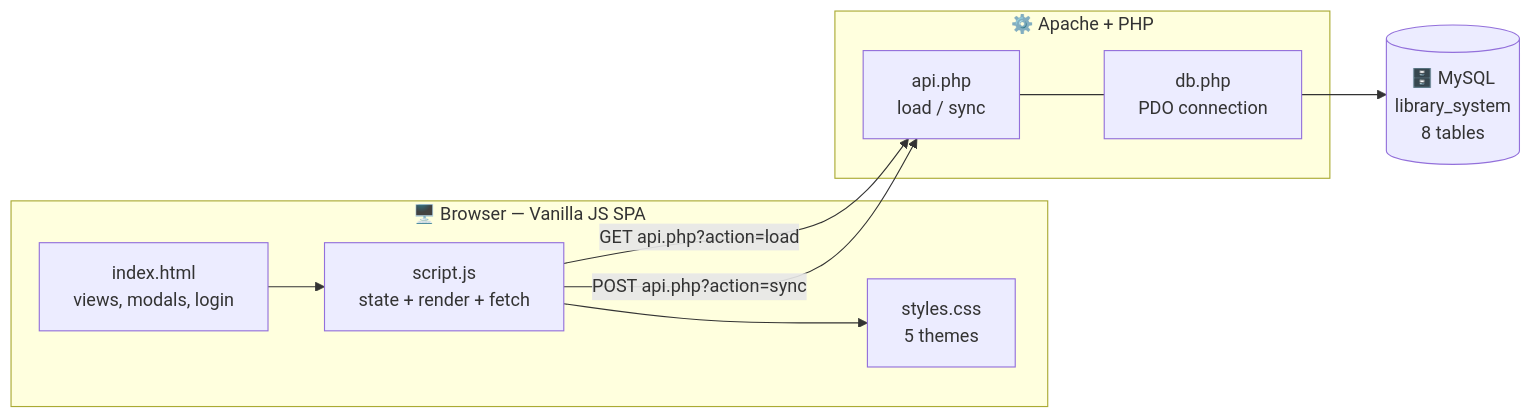
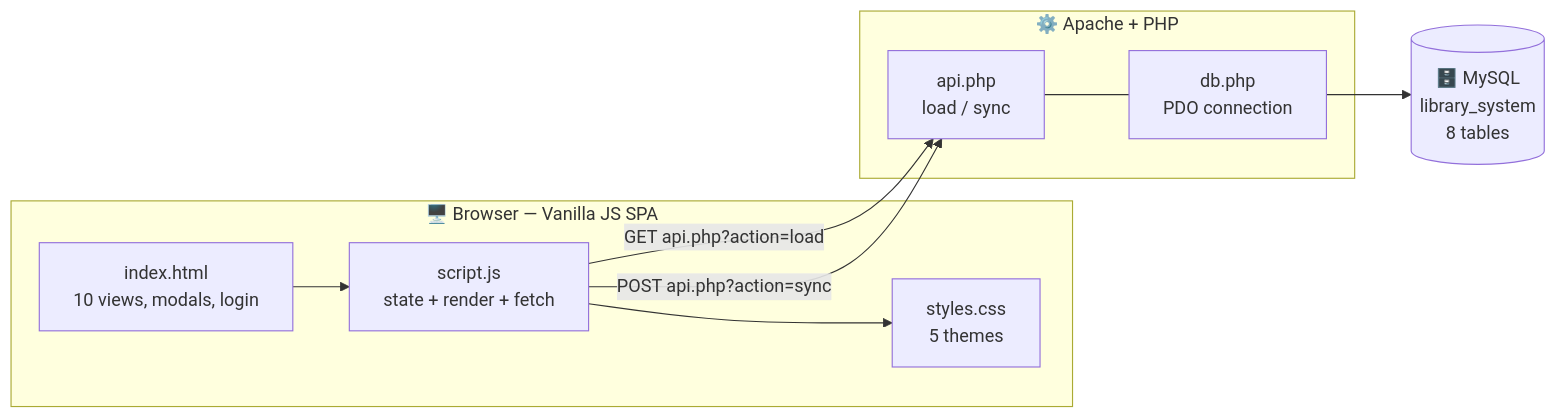
One commit to Ashborn1/LMS changed the diagram in README.md. Above: the diagram before and after it, drawn with Mermaid. The commit also changed other lines of this file, not shown here.

````diff
--- a/README.md
+++ b/README.md
@@ -48,20 +75,20 @@
 ```mermaid
 flowchart LR
     subgraph Browser["🖥️ Browser — Vanilla JS SPA"]
-        UI["index.html<br/>views, modals, login"]
+        UI["index.html<br/>10 views, modals, login"]
         JS["script.js<br/>state + render + fetch"]
         CSS["styles.css<br/>5 themes"]
         UI --> JS --> CSS
     end
 
     subgraph Server["⚙️ Apache + PHP"]
         API["api.php<br/>load / sync"]
         DB["db.php<br/>PDO connection"]
         API --- DB
     end
 
     DB --> SQL[("🗄️ MySQL<br/>library_system<br/>8 tables")]
 
     JS -- "GET api.php?action=load" --> API
     JS -- "POST api.php?action=sync" --> API
 ```
````
